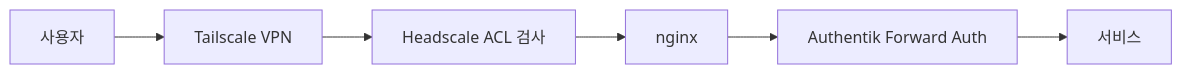
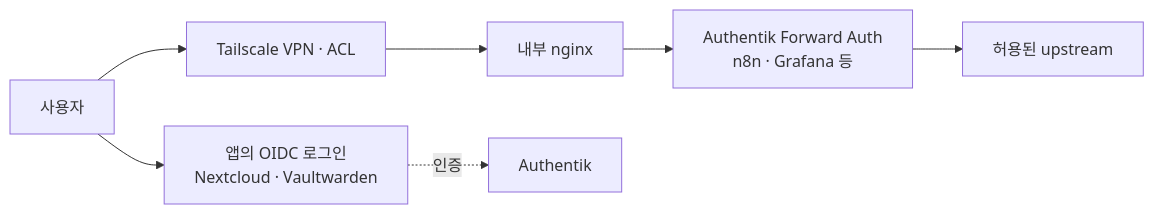
The second of 2 diagrams in docs/admin/architecture.md (SBEE-Lab/infra), drawn with Mermaid before and after one commit. The commit also changed other lines of this file and 49 other files, not shown here.

````diff
--- a/docs/admin/architecture.md
+++ b/docs/admin/architecture.md
@@ -37,8 +41,9 @@
 ```mermaid
 flowchart LR
-  user["사용자"] --> vpn["Tailscale VPN"]
-  vpn --> acl["Headscale ACL 검사"]
-  acl --> nginx["nginx"]
-  nginx --> auth["Authentik Forward Auth"]
-  auth --> svc["서비스"]
+  user["사용자"] --> vpn["Tailscale VPN · ACL"]
+  vpn --> nginx["내부 nginx"]
+  nginx --> auth["Authentik Forward Auth<br/>n8n · Grafana 등"]
+  auth --> svc["허용된 upstream"]
+  user --> oidc["앱의 OIDC 로그인<br/>Nextcloud · Vaultwarden"]
+  oidc -. "인증" .-> authentik["Authentik"]
 ```
````
